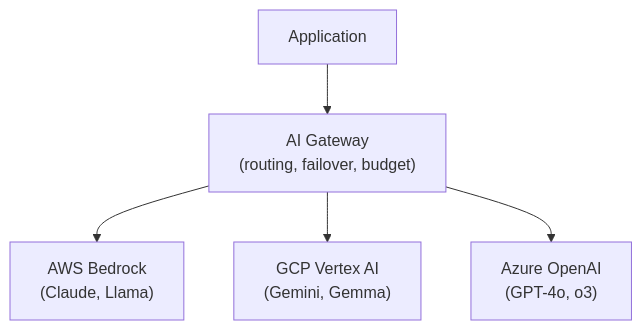
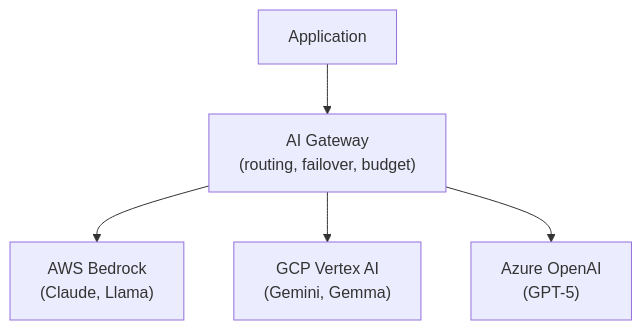
Diagram 11 of 12 in src/content/guides/ai-architecture-master-guide.md (riddam/riddam.github.io), drawn with Mermaid before and after one commit. The commit also changed other lines of this file and 8 other files, not shown here.

````diff
--- a/src/content/guides/ai-architecture-master-guide.md
+++ b/src/content/guides/ai-architecture-master-guide.md
@@ -532,7 +532,7 @@
 ```mermaid
 flowchart TD
     A["Application"] --> G["AI Gateway<br/>(routing, failover, budget)"]
     G --> B["AWS Bedrock<br/>(Claude, Llama)"]
     G --> C["GCP Vertex AI<br/>(Gemini, Gemma)"]
-    G --> D["Azure OpenAI<br/>(GPT-4o, o3)"]
+    G --> D["Azure OpenAI<br/>(GPT-5)"]
 ```
````
